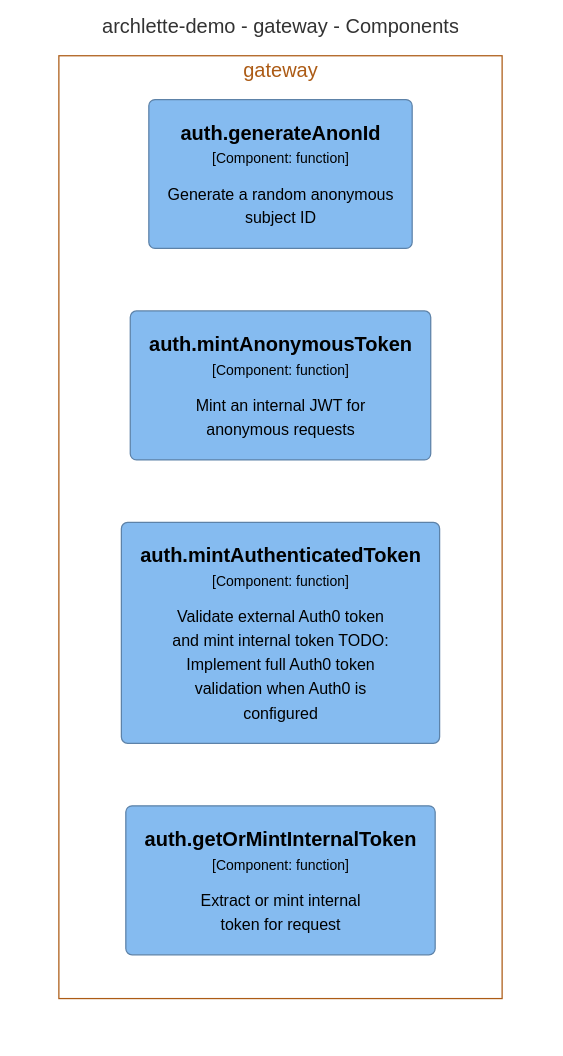
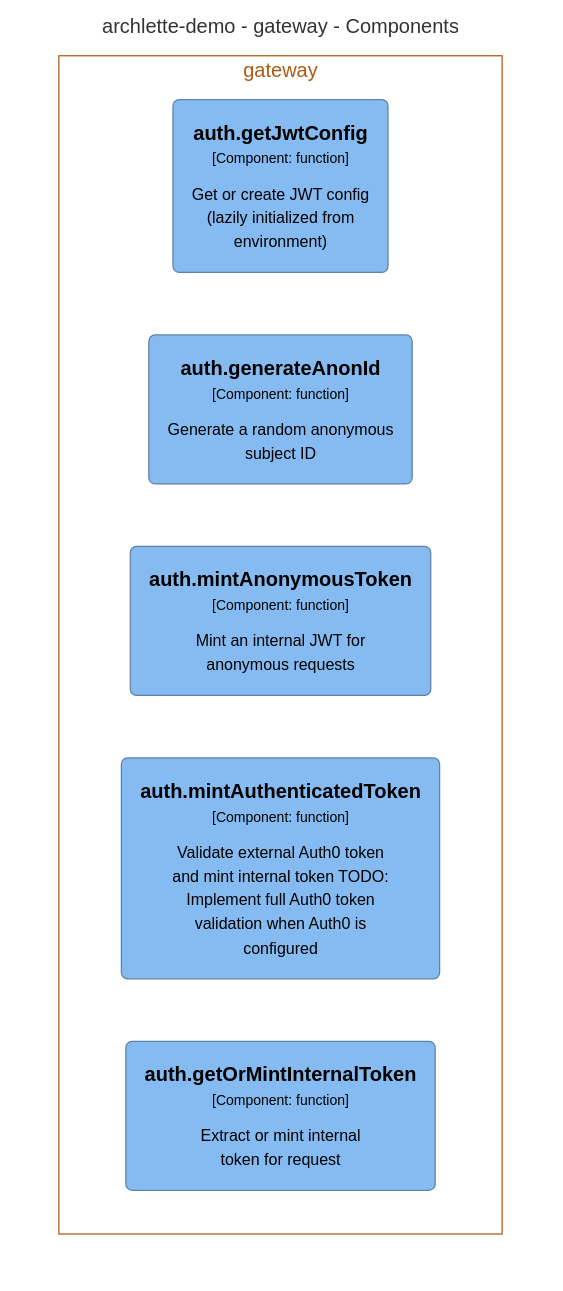
The diagram in docs/architecture/diagrams/mermaid/structurizr-Classes_gateway__auth.mmd (chrislyons-dev/flarelette-demo), drawn with Mermaid before and after one commit. The commit also changed 52 other files, not shown here.

```diff
--- a/docs/architecture/diagrams/mermaid/structurizr-Classes_gateway__auth.mmd
+++ b/docs/architecture/diagrams/mermaid/structurizr-Classes_gateway__auth.mmd
@@ -1,20 +1,22 @@
 graph TB
   linkStyle default fill:#ffffff
 
   subgraph diagram ["archlette-demo - gateway - Components"]
     style diagram fill:#ffffff,stroke:#ffffff
 
-    subgraph 25 ["gateway"]
-      style 25 fill:#ffffff,stroke:#ac5b15,color:#ac5b15
+    subgraph 29 ["gateway"]
+      style 29 fill:#ffffff,stroke:#ac5b15,color:#ac5b15
 
-      30("<div style='font-weight: bold'>auth.generateAnonId</div><div style='font-size: 70%; margin-top: 0px'>[Component: function]</div><div style='font-size: 80%; margin-top:10px'>Generate a random anonymous<br />subject ID</div>")
-      style 30 fill:#85bbf0,stroke:#5d82a8,color:#000000
-      31("<div style='font-weight: bold'>auth.mintAnonymousToken</div><div style='font-size: 70%; margin-top: 0px'>[Component: function]</div><div style='font-size: 80%; margin-top:10px'>Mint an internal JWT for<br />anonymous requests</div>")
-      style 31 fill:#85bbf0,stroke:#5d82a8,color:#000000
-      32("<div style='font-weight: bold'>auth.mintAuthenticatedToken</div><div style='font-size: 70%; margin-top: 0px'>[Component: function]</div><div style='font-size: 80%; margin-top:10px'>Validate external Auth0 token<br />and mint internal token TODO:<br />Implement full Auth0 token<br />validation when Auth0 is<br />configured</div>")
-      style 32 fill:#85bbf0,stroke:#5d82a8,color:#000000
-      33("<div style='font-weight: bold'>auth.getOrMintInternalToken</div><div style='font-size: 70%; margin-top: 0px'>[Component: function]</div><div style='font-size: 80%; margin-top:10px'>Extract or mint internal<br />token for request</div>")
-      style 33 fill:#85bbf0,stroke:#5d82a8,color:#000000
+      34("<div style='font-weight: bold'>auth.getJwtConfig</div><div style='font-size: 70%; margin-top: 0px'>[Component: function]</div><div style='font-size: 80%; margin-top:10px'>Get or create JWT config<br />(lazily initialized from<br />environment)</div>")
+      style 34 fill:#85bbf0,stroke:#5d82a8,color:#000000
+      35("<div style='font-weight: bold'>auth.generateAnonId</div><div style='font-size: 70%; margin-top: 0px'>[Component: function]</div><div style='font-size: 80%; margin-top:10px'>Generate a random anonymous<br />subject ID</div>")
+      style 35 fill:#85bbf0,stroke:#5d82a8,color:#000000
+      36("<div style='font-weight: bold'>auth.mintAnonymousToken</div><div style='font-size: 70%; margin-top: 0px'>[Component: function]</div><div style='font-size: 80%; margin-top:10px'>Mint an internal JWT for<br />anonymous requests</div>")
+      style 36 fill:#85bbf0,stroke:#5d82a8,color:#000000
+      37("<div style='font-weight: bold'>auth.mintAuthenticatedToken</div><div style='font-size: 70%; margin-top: 0px'>[Component: function]</div><div style='font-size: 80%; margin-top:10px'>Validate external Auth0 token<br />and mint internal token TODO:<br />Implement full Auth0 token<br />validation when Auth0 is<br />configured</div>")
+      style 37 fill:#85bbf0,stroke:#5d82a8,color:#000000
+      38("<div style='font-weight: bold'>auth.getOrMintInternalToken</div><div style='font-size: 70%; margin-top: 0px'>[Component: function]</div><div style='font-size: 80%; margin-top:10px'>Extract or mint internal<br />token for request</div>")
+      style 38 fill:#85bbf0,stroke:#5d82a8,color:#000000
     end
 
   end
```
